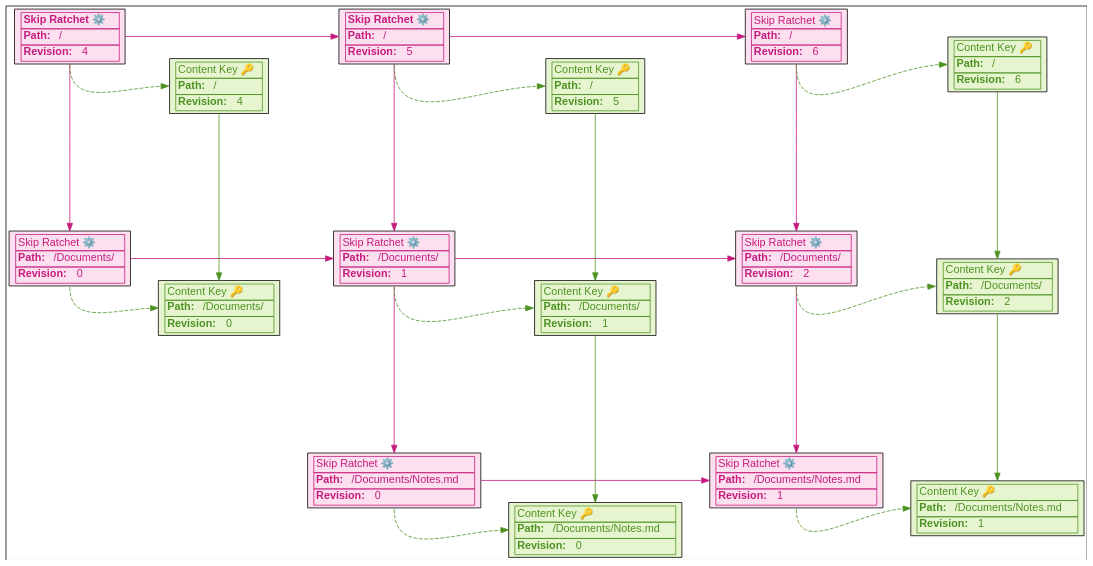
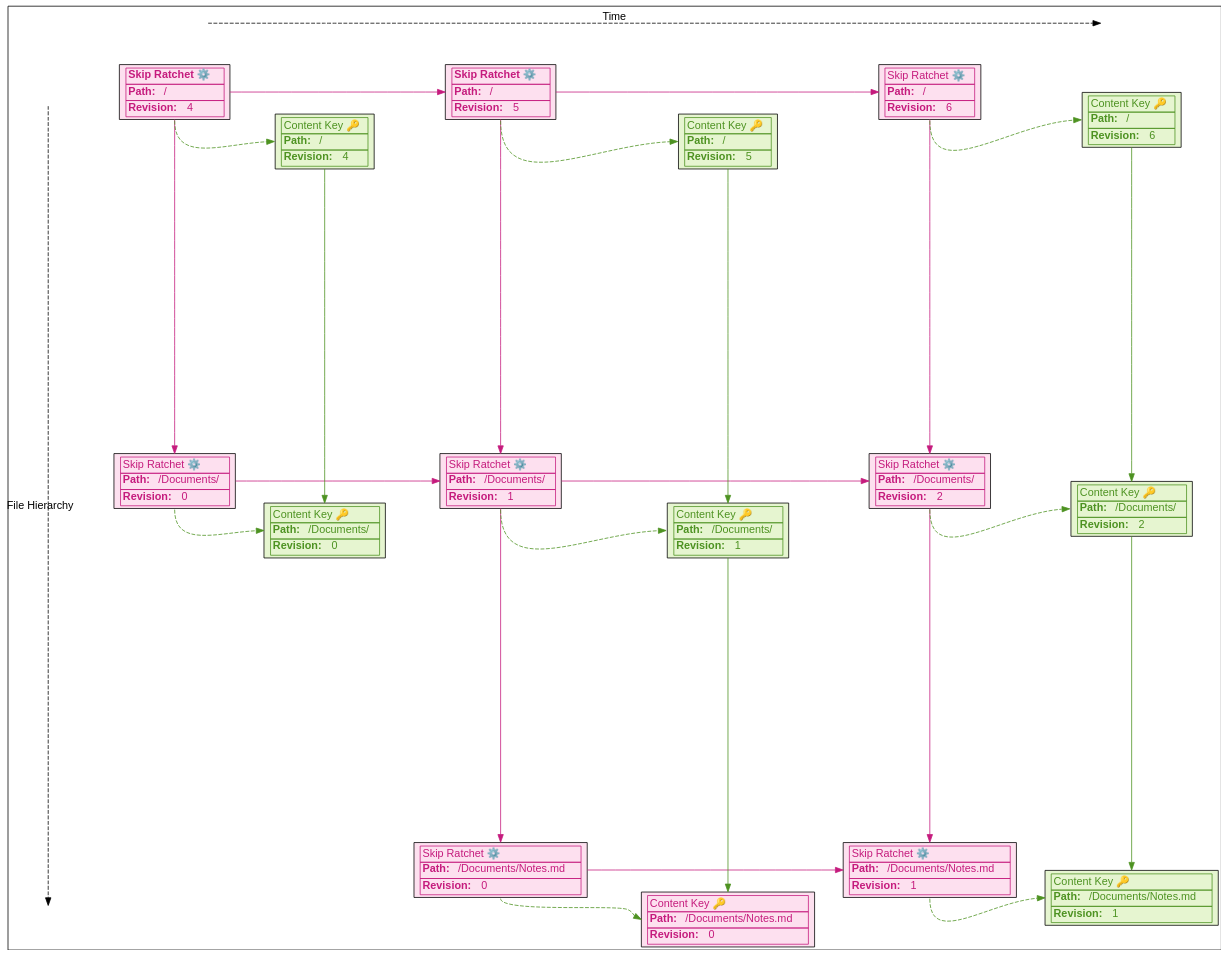
One commit to wnfs-wg/spec changed the diagram in spec/diagrams/temporal_hierarchy.dot. Above: the diagram before and after it, drawn with Graphviz.

Commit message:
Put back legend

```diff
--- a/spec/diagrams/temporal_hierarchy.dot
+++ b/spec/diagrams/temporal_hierarchy.dot
@@ -33,6 +33,18 @@
     #########
     # NODES #
     #########
+
+    start_time [style = invis]
+    end_time [style = invis]
+    start_time -> end_time [label = "Time" style = dashed weight = 100]
+    start_time -> root_skip_4 [style=invis]
+
+    start_space [style = invis]
+    end_space [style = invis]
+    start_space -> end_space [label = "File Hierarchy" style = dashed]
+    start_space -> root_skip_4 [weight = 100 style = invis]
+    end_space -> notes_content_0 [weight = 100 style = invis]
+    {rank=same start_space end_space}
 
     root_skip_4 [
         label=<
@@ -200,14 +212,14 @@
         >
     ]
 
-    {rank=same root_skip_4 docs_skip_0}
+    {rank=same root_skip_4 docs_skip_0 start_time}
 
     {rank=same root_skip_5 docs_skip_1 notes_skip_0}
     {rank=same root_skip_6 docs_skip_2 notes_skip_1}
 
     {rank=same root_content_4 docs_content_0}
     {rank=same root_content_5 docs_content_1 notes_content_0}
-    {rank=same root_content_6 docs_content_2 notes_content_1}
+    {rank=same root_content_6 docs_content_2 notes_content_1 end_time}
 
     #########
     # EDGES #
```
